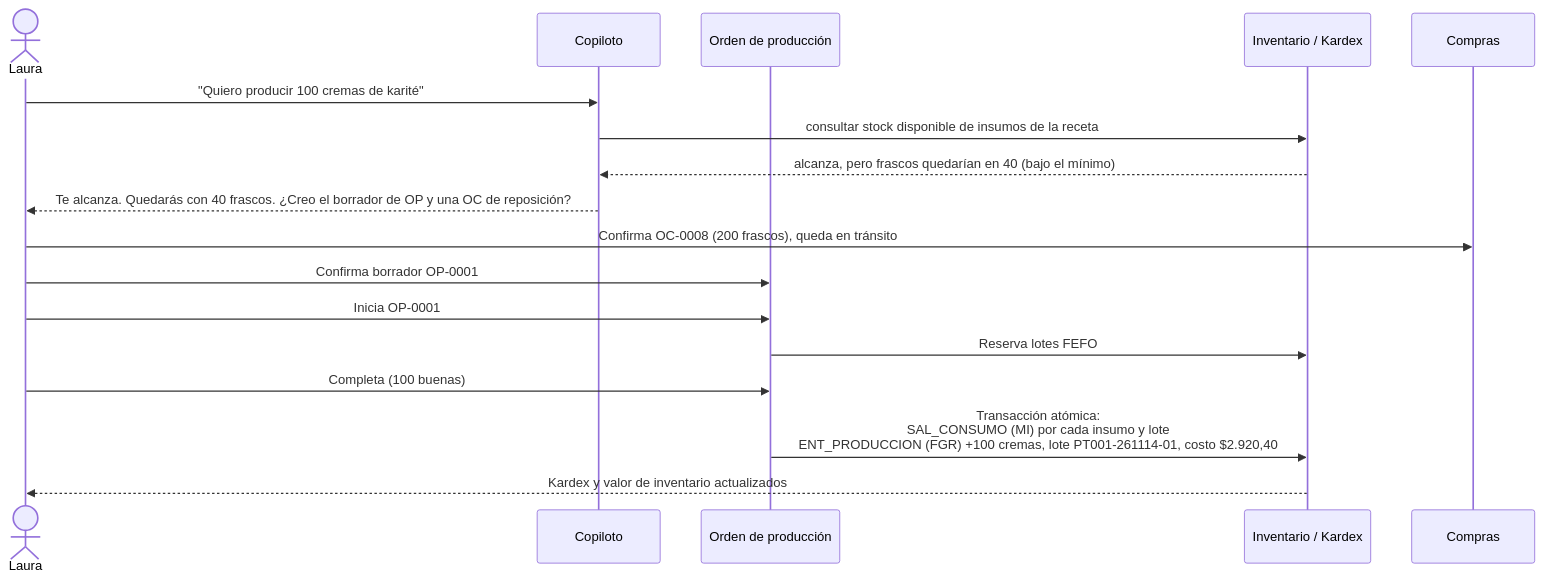
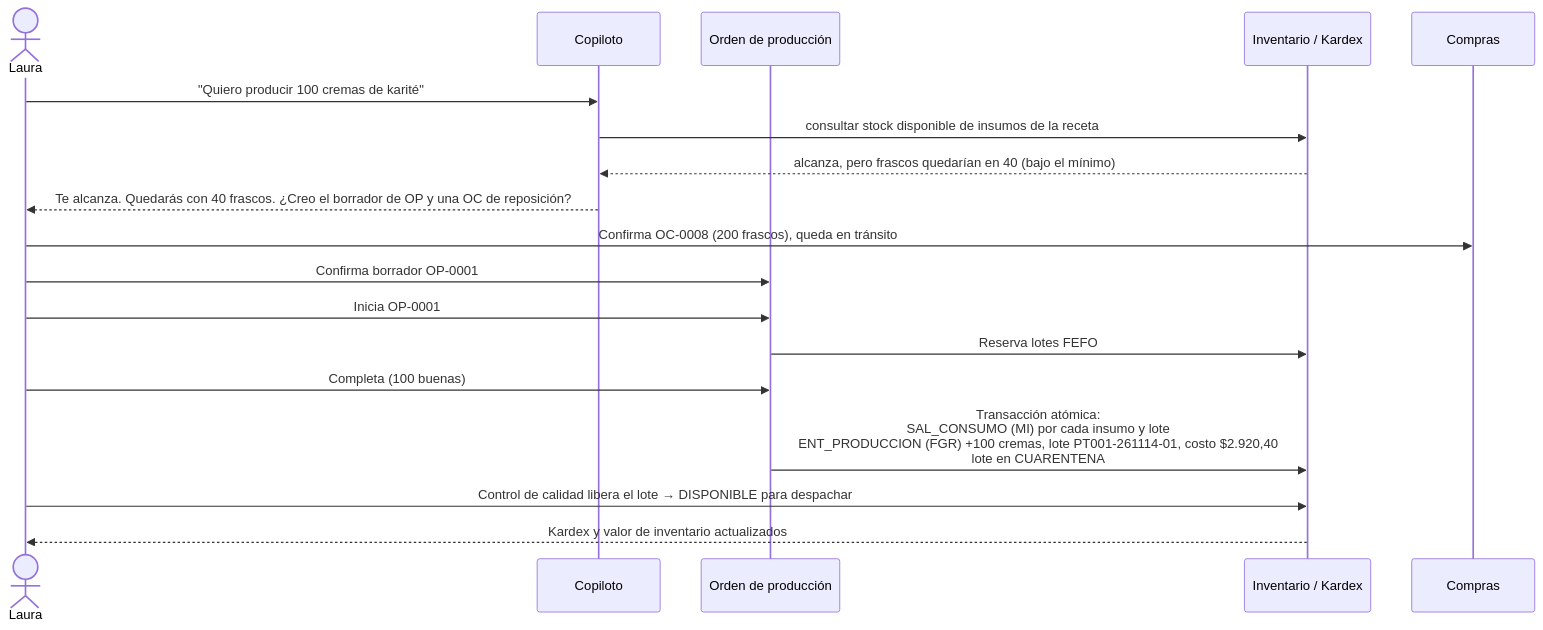
Before and after one commit to juligomez-ai/Prueba-inventariof: the fourth of 6 diagrams in README.md, drawn with Mermaid. The commit also changed other lines of this file, not shown here.

First line of the commit message:
docs: cuarentena simple de lotes en el MVP con liberación por control de calidad

````diff
--- a/README.md
+++ b/README.md
@@ -607,20 +613,21 @@
 ```mermaid
 sequenceDiagram
   actor L as Laura
   participant AI as Copiloto
   participant OP as Orden de producción
   participant INV as Inventario / Kardex
   participant OC as Compras
 
   L->>AI: "Quiero producir 100 cremas de karité"
   AI->>INV: consultar stock disponible de insumos de la receta
   INV-->>AI: alcanza, pero frascos quedarían en 40 (bajo el mínimo)
   AI-->>L: Te alcanza. Quedarás con 40 frascos. ¿Creo el borrador de OP y una OC de reposición?
   L->>OC: Confirma OC-0008 (200 frascos), queda en tránsito
   L->>OP: Confirma borrador OP-0001
   L->>OP: Inicia OP-0001
   OP->>INV: Reserva lotes FEFO
   L->>OP: Completa (100 buenas)
-  OP->>INV: Transacción atómica:<br/>SAL_CONSUMO (MI) por cada insumo y lote<br/>ENT_PRODUCCION (FGR) +100 cremas, lote PT001-261114-01, costo $2.920,40
+  OP->>INV: Transacción atómica:<br/>SAL_CONSUMO (MI) por cada insumo y lote<br/>ENT_PRODUCCION (FGR) +100 cremas, lote PT001-261114-01, costo $2.920,40<br/>lote en CUARENTENA
+  L->>INV: Control de calidad libera el lote → DISPONIBLE para despachar
   INV-->>L: Kardex y valor de inventario actualizados
 ```
````
